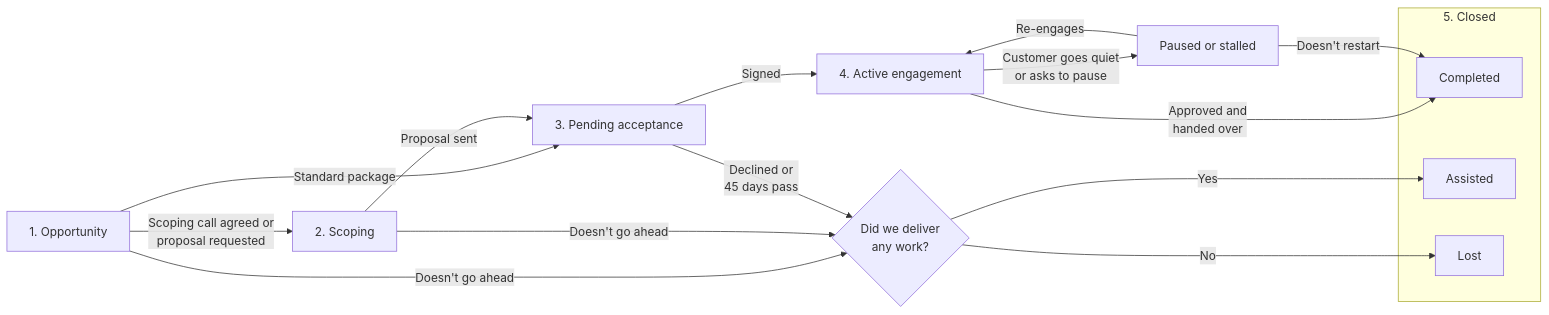
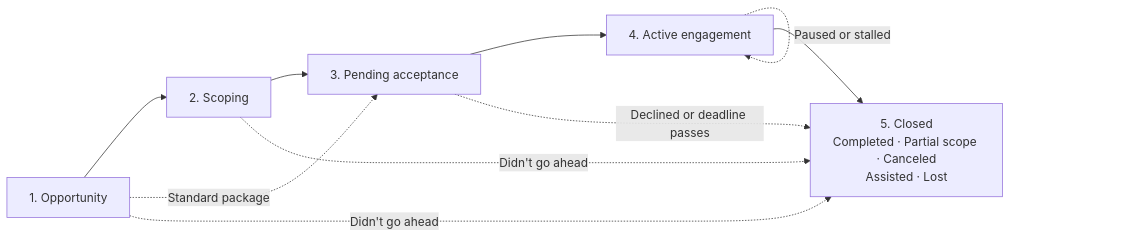
One commit to PostHog/posthog.com changed the diagram in contents/handbook/forward-deployed-engineering/fde-engagement-lifecycle.md. Above: the diagram before and after it, drawn with Mermaid. The commit also changed other lines of this file, not shown here.

First line of the commit message:
docs(fde): address review feedback on the engagement lifecycle page

````diff
--- a/contents/handbook/forward-deployed-engineering/fde-engagement-lifecycle.md
+++ b/contents/handbook/forward-deployed-engineering/fde-engagement-lifecycle.md
@@ -24,22 +24,9 @@
 ```mermaid
 flowchart LR
-    O["1. Opportunity"] -- "Scoping call agreed or<br>proposal requested" --> S["2. Scoping"]
-    O -- "Standard package" --> P
-    S -- "Proposal sent" --> P["3. Pending acceptance"]
-    P -- "Signed" --> A["4. Active engagement"]
-    A -- "Customer goes quiet<br>or asks to pause" --> H["Paused or stalled"]
-    H -- "Re-engages" --> A
-    A -- "Approved and<br>handed over" --> C1["Completed"]
-    H -- "Doesn't restart" --> C1
-    O -- "Doesn't go ahead" --> D{"Did we deliver<br>any work?"}
-    S -- "Doesn't go ahead" --> D
-    P -- "Declined or<br>45 days pass" --> D
-    D -- "Yes" --> C2["Assisted"]
-    D -- "No" --> C3["Lost"]
-
-    subgraph Closed["5. Closed"]
-        C1
-        C2
-        C3
-    end
+    O["1. Opportunity"] --> S["2. Scoping"] --> P["3. Pending acceptance"] --> A["4. Active engagement"] --> C["5. Closed<br>Completed · Partial scope · Canceled<br>Assisted · Lost"]
+    O -. "Standard package" .-> P
+    A -. "Paused or stalled" .-> A
+    O -. "Didn't go ahead" .-> C
+    S -. "Didn't go ahead" .-> C
+    P -. "Declined or deadline passes" .-> C
 ```
````
